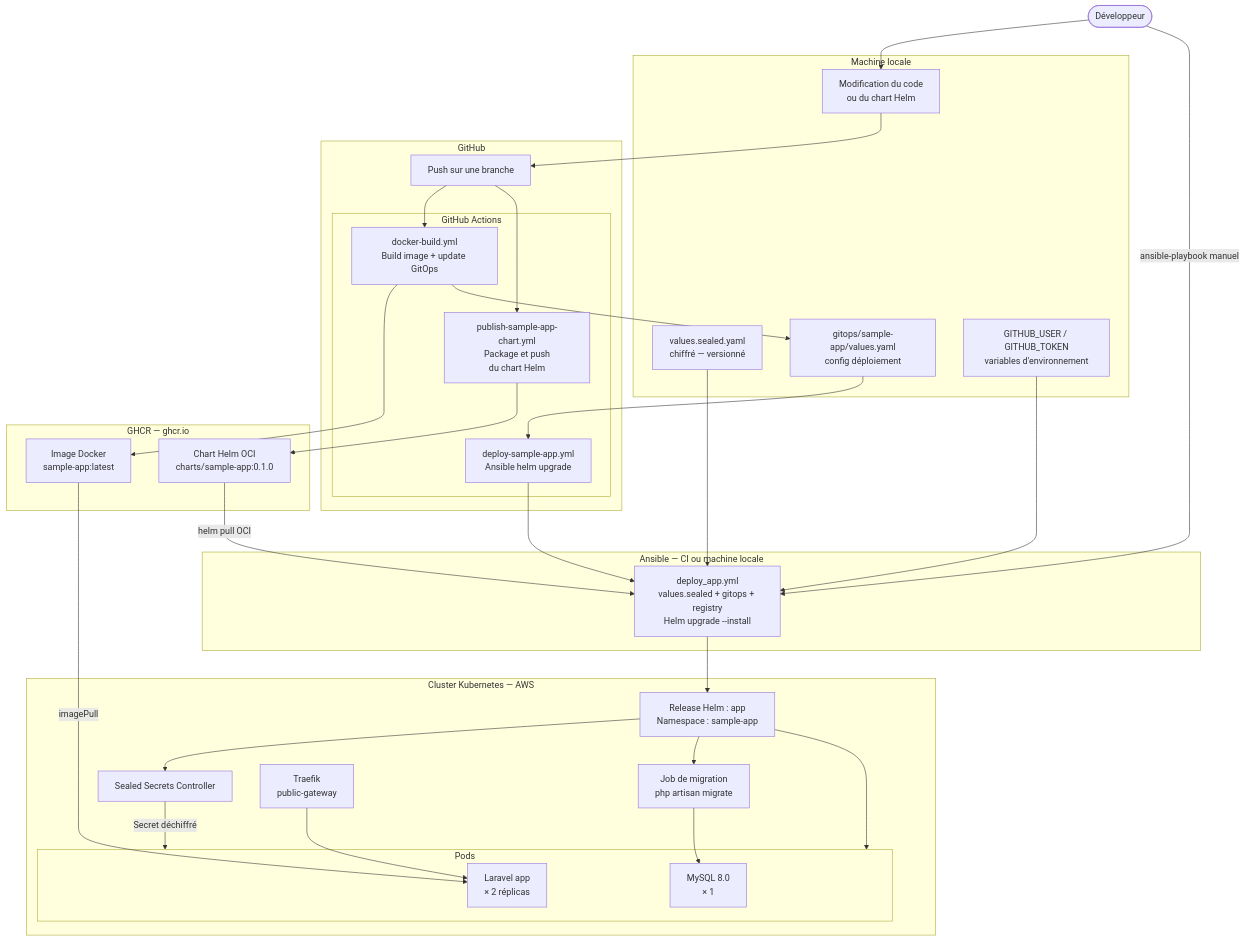
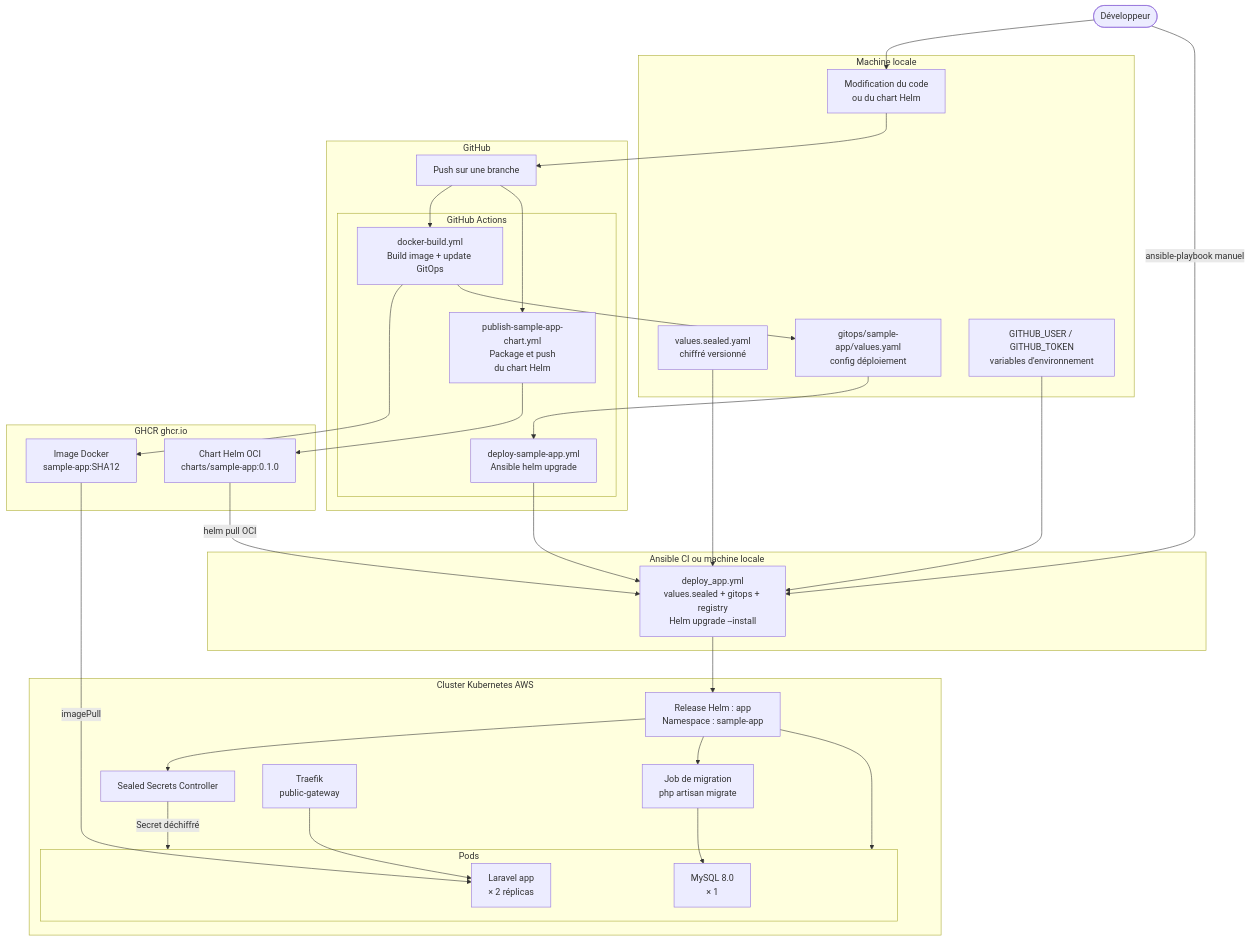
The first of 2 diagrams in docs/deployment-flow.md (PikPakPik/T-CLO-902-NAN_1), drawn with Mermaid before and after one commit. The commit also changed 29 other files, not shown here.

````diff
--- a/docs/deployment-flow.md
+++ b/docs/deployment-flow.md
@@ -5,60 +5,60 @@
 ```mermaid
 flowchart TD
     dev([Développeur])
 
     subgraph local[Machine locale]
         code[Modification du code\nou du chart Helm]
-        sealed[values.sealed.yaml\nchiffré — versionné]
+        sealed[values.sealed.yaml\nchiffré versionné]
         gitops[gitops/sample-app/values.yaml\nconfig déploiement]
         ghcr_env[GITHUB_USER / GITHUB_TOKEN\nvariables d'environnement]
     end
 
     subgraph github[GitHub]
         push[Push sur une branche]
         subgraph ci[GitHub Actions]
             ci_docker[docker-build.yml\nBuild image + update GitOps]
             ci_deploy[deploy-sample-app.yml\nAnsible helm upgrade]
             ci_helm[publish-sample-app-chart.yml\nPackage et push\ndu chart Helm]
         end
     end
 
-    subgraph ghcr[GHCR — ghcr.io]
-        img[Image Docker\nsample-app:latest]
+    subgraph ghcr[GHCR ghcr.io]
+        img[Image Docker\nsample-app:SHA12]
         chart[Chart Helm OCI\ncharts/sample-app:0.1.0]
     end
 
-    subgraph ansible[Ansible — CI ou machine locale]
+    subgraph ansible[Ansible CI ou machine locale]
         playbook[deploy_app.yml\nvalues.sealed + gitops + registry\nHelm upgrade --install]
     end
 
-    subgraph cluster[Cluster Kubernetes — AWS]
+    subgraph cluster[Cluster Kubernetes AWS]
         helm_release[Release Helm : app\nNamespace : sample-app]
         sealed_ctrl[Sealed Secrets Controller]
         subgraph pods[Pods]
             app_pod[Laravel app\n× 2 réplicas]
             mysql_pod[MySQL 8.0\n× 1]
         end
         migration[Job de migration\nphp artisan migrate]
         gateway[Traefik\npublic-gateway]
     end
 
     dev --> code
     code --> push
     push --> ci_docker --> img
     push --> ci_helm --> chart
     ci_docker --> gitops
     gitops --> ci_deploy
     ci_deploy --> playbook
     dev --> |ansible-playbook manuel| playbook
     chart --> |helm pull OCI| playbook
     sealed --> playbook
     ghcr_env --> playbook
     playbook --> helm_release
     helm_release --> sealed_ctrl
     sealed_ctrl --> |Secret déchiffré| pods
     img --> |imagePull| app_pod
     helm_release --> pods
     helm_release --> migration
     migration --> mysql_pod
     gateway --> app_pod
 ```
````
